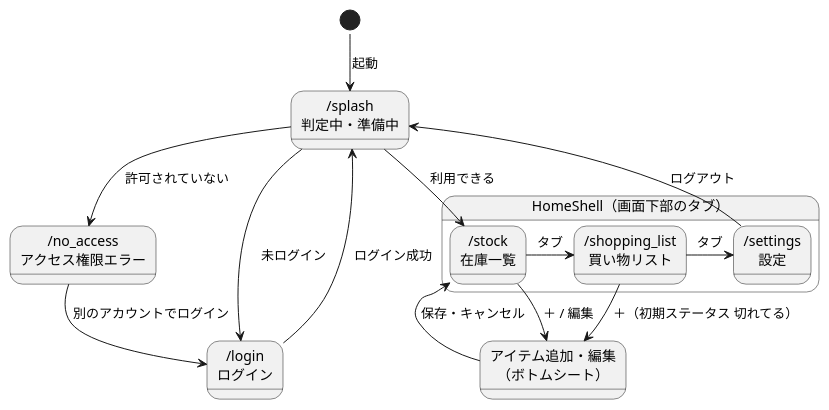
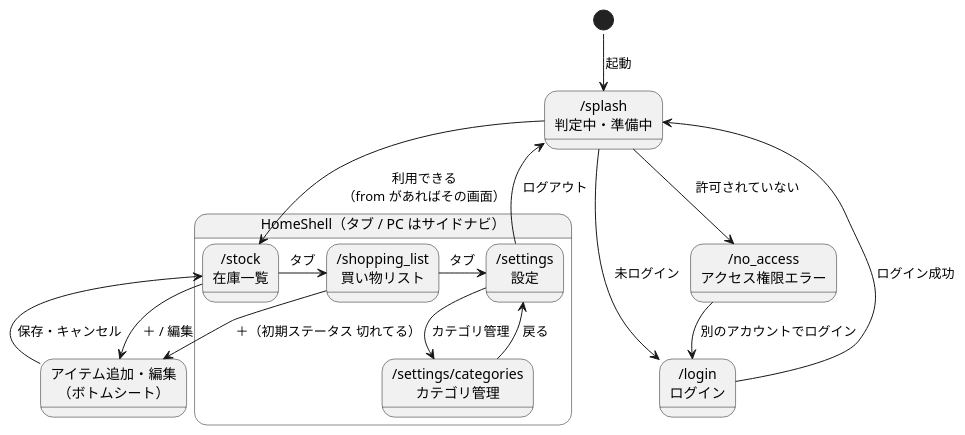
One commit to LASC-SINCE2015/LivingManager changed the diagram in design/screens/diagrams/screen_flow.puml. Above: the diagram before and after it, drawn with PlantUML. The commit also changed 57 other files, not shown here.

```diff
--- a/design/screens/diagrams/screen_flow.puml
+++ b/design/screens/diagrams/screen_flow.puml
@@ -1,31 +1,34 @@
 @startuml screen_flow
 !pragma layout smetana
 ' 画面（ルート）とその間の遷移
 skinparam defaultFontName "Meiryo"
 
 state "/splash\n判定中・準備中" as Splash
 state "/login\nログイン" as Login
 state "/no_access\nアクセス権限エラー" as NoAccess
 
-state "HomeShell（画面下部のタブ）" as Shell {
+state "HomeShell（タブ / PC はサイドナビ）" as Shell {
   state "/stock\n在庫一覧" as Stock
   state "/shopping_list\n買い物リスト" as Shopping
   state "/settings\n設定" as Settings
+  state "/settings/categories\nカテゴリ管理" as Categories
   Stock -right-> Shopping : タブ
   Shopping -right-> Settings : タブ
+  Settings --> Categories : カテゴリ管理
+  Categories --> Settings : 戻る
 }
 
 state "アイテム追加・編集\n（ボトムシート）" as EditSheet
 
 [*] --> Splash : 起動
 Splash --> Login : 未ログイン
-Splash --> Stock : 利用できる
+Splash --> Stock : 利用できる\n（from があればその画面）
 Splash --> NoAccess : 許可されていない
 Login --> Splash : ログイン成功
 NoAccess --> Login : 別のアカウントでログイン
 Settings --> Splash : ログアウト
 
 Stock --> EditSheet : ＋ / 編集
 Shopping --> EditSheet : ＋（初期ステータス 切れてる）
 EditSheet --> Stock : 保存・キャンセル
 @enduml
```
